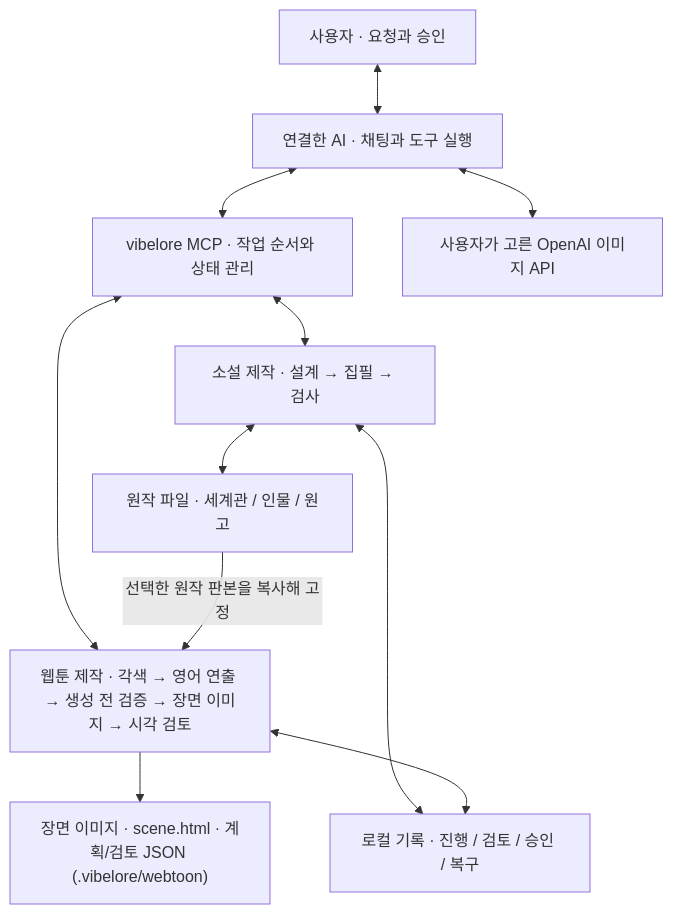
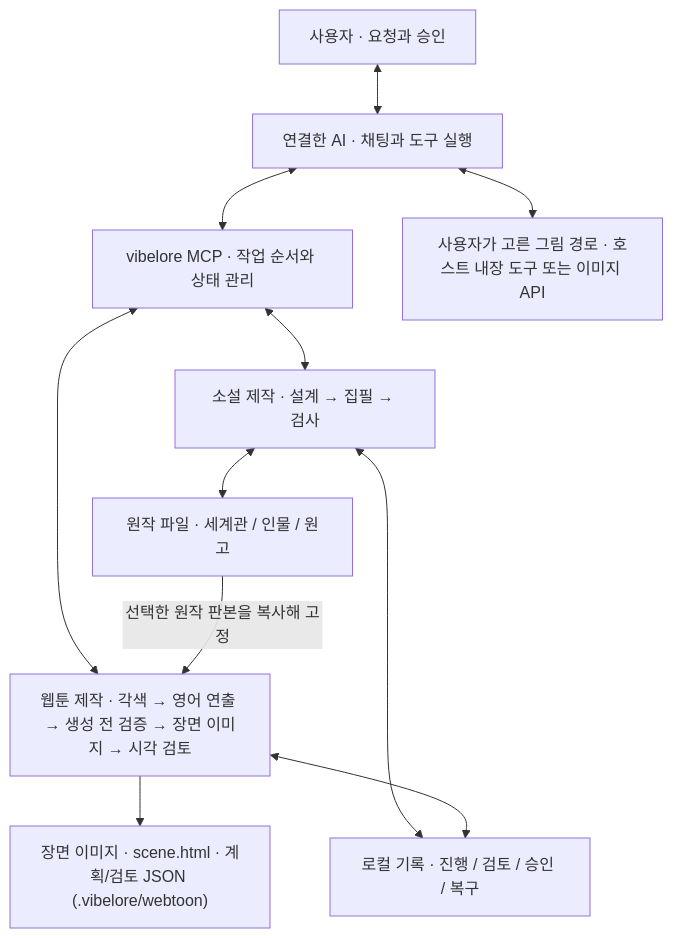
One commit to fbwndrud/vibelore changed the first of 6 diagrams in docs/ARCHITECTURE.md. Above: the diagram before and after it, drawn with Mermaid. The commit also changed other lines of this file and 17 other files, not shown here.

````diff
--- a/docs/ARCHITECTURE.md
+++ b/docs/ARCHITECTURE.md
@@ -14,13 +14,13 @@
 ```mermaid
 flowchart TB
     U["사용자 · 요청과 승인"] <--> H["연결한 AI · 채팅과 도구 실행"]
     H <--> V["vibelore MCP · 작업 순서와 상태 관리"]
-    H <--> G["사용자가 고른 OpenAI 이미지 API"]
+    H <--> G["사용자가 고른 그림 경로 · 호스트 내장 도구 또는 이미지 API"]
     V <--> N["소설 제작 · 설계 → 집필 → 검사"]
     V <--> W["웹툰 제작 · 각색 → 영어 연출 → 생성 전 검증 → 장면 이미지 → 시각 검토"]
     N <--> C["원작 파일 · 세계관 / 인물 / 원고"]
     C -->|"선택한 원작 판본을 복사해 고정"| W
     W --> O["장면 이미지 · scene.html · 계획/검토 JSON (.vibelore/webtoon)"]
     N <--> S["로컬 기록 · 진행 / 검토 / 승인 / 복구"]
     W <--> S
 ```
````
